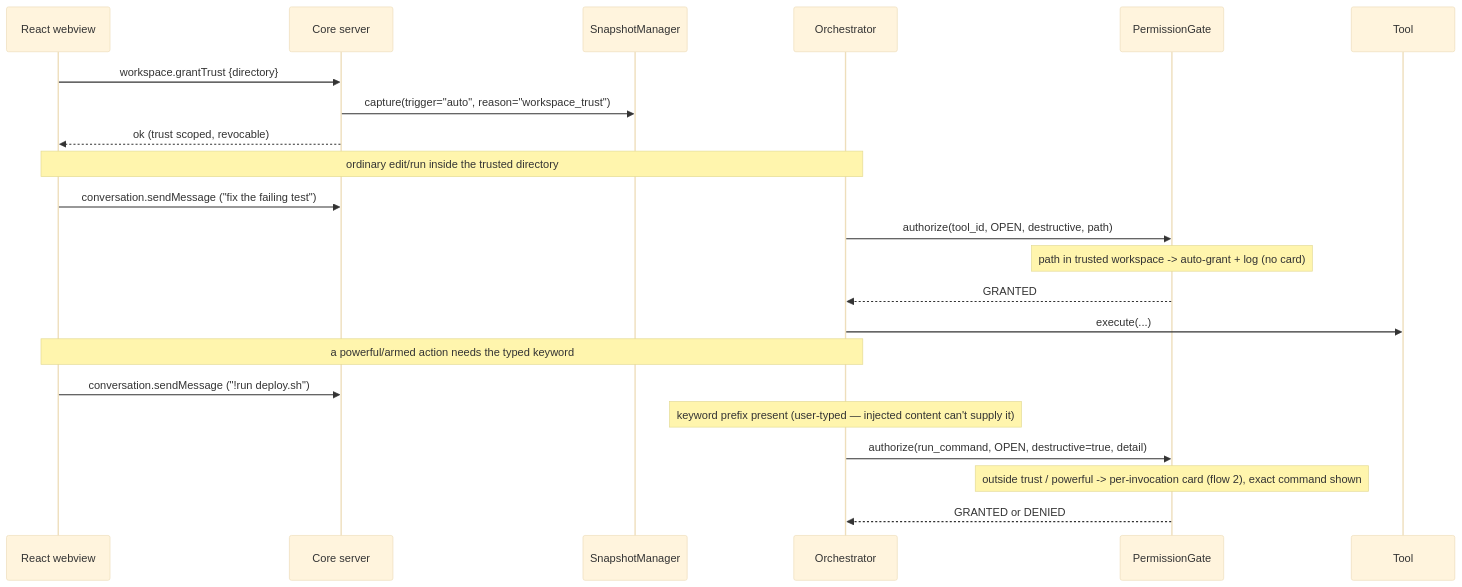
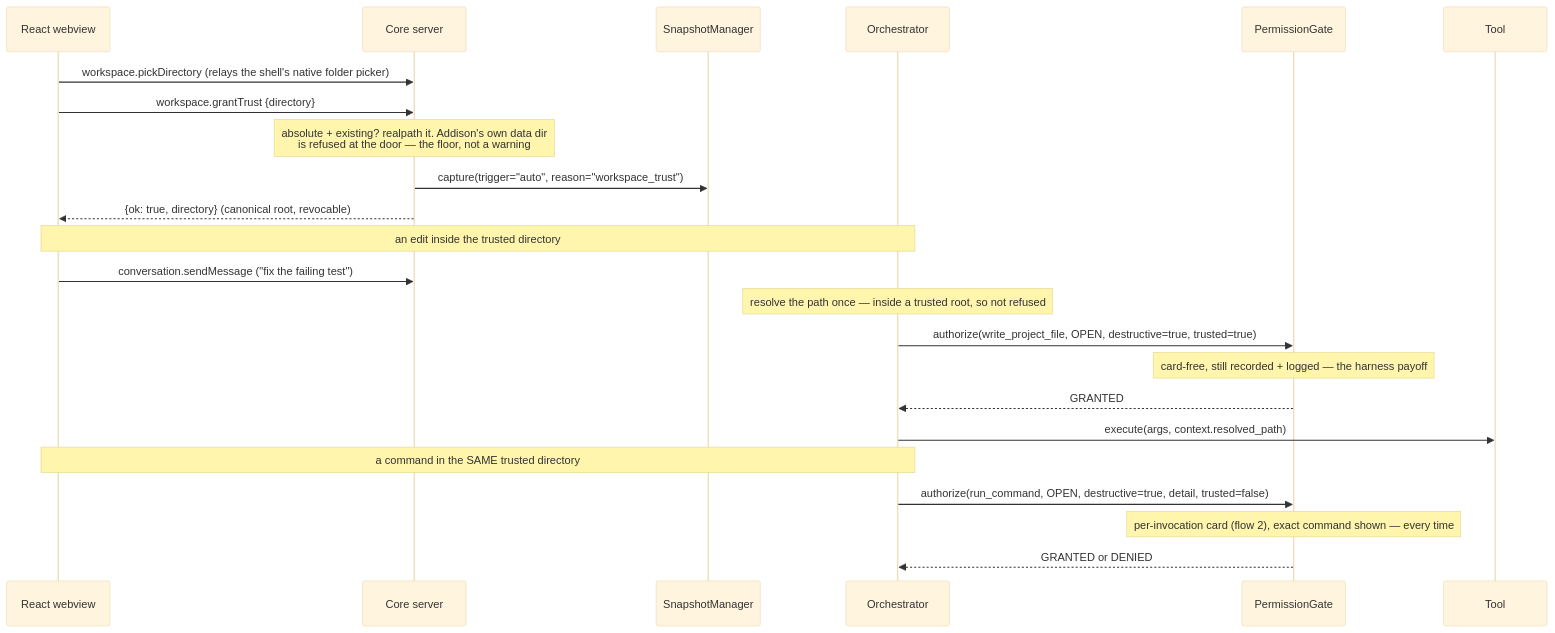
Before and after one commit to N041M/Addison: diagram 12 of 15 in docs/flows.md, drawn with Mermaid (base theme). The commit also changed other lines of this file and 17 other files, not shown here.

````diff
--- a/docs/flows.md
+++ b/docs/flows.md
@@ -432,27 +481,28 @@
 ```mermaid
 sequenceDiagram
     participant WV as React webview
     participant SRV as Core server
     participant SM as SnapshotManager
     participant ORC as Orchestrator
     participant PG as PermissionGate
     participant TL as Tool
 
+    WV->>SRV: workspace.pickDirectory (relays the shell's native folder picker)
     WV->>SRV: workspace.grantTrust {directory}
+    Note over SRV: absolute + existing? realpath it. Addison's own data dir<br/>is refused at the door — the floor, not a warning
     SRV->>SM: capture(trigger="auto", reason="workspace_trust")
-    SRV-->>WV: ok (trust scoped, revocable)
+    SRV-->>WV: {ok: true, directory} (canonical root, revocable)
 
-    Note over WV,ORC: ordinary edit/run inside the trusted directory
+    Note over WV,ORC: an edit inside the trusted directory
     WV->>SRV: conversation.sendMessage ("fix the failing test")
-    ORC->>PG: authorize(tool_id, OPEN, destructive, path)
-    Note over PG: path in trusted workspace -> auto-grant + log (no card)
+    Note over ORC: resolve the path once — inside a trusted root, so not refused
+    ORC->>PG: authorize(write_project_file, OPEN, destructive=true, trusted=true)
+    Note over PG: card-free, still recorded + logged — the harness payoff
     PG-->>ORC: GRANTED
-    ORC->>TL: execute(...)
+    ORC->>TL: execute(args, context.resolved_path)
 
-    Note over WV,ORC: a powerful/armed action needs the typed keyword
-    WV->>SRV: conversation.sendMessage ("!run deploy.sh")
-    Note over ORC: keyword prefix present (user-typed — injected content can't supply it)
-    ORC->>PG: authorize(run_command, OPEN, destructive=true, detail)
-    Note over PG: outside trust / powerful -> per-invocation card (flow 2), exact command shown
+    Note over WV,ORC: a command in the SAME trusted directory
+    ORC->>PG: authorize(run_command, OPEN, destructive=true, detail, trusted=false)
+    Note over PG: per-invocation card (flow 2), exact command shown — every time
     PG-->>ORC: GRANTED or DENIED
 ```
````
